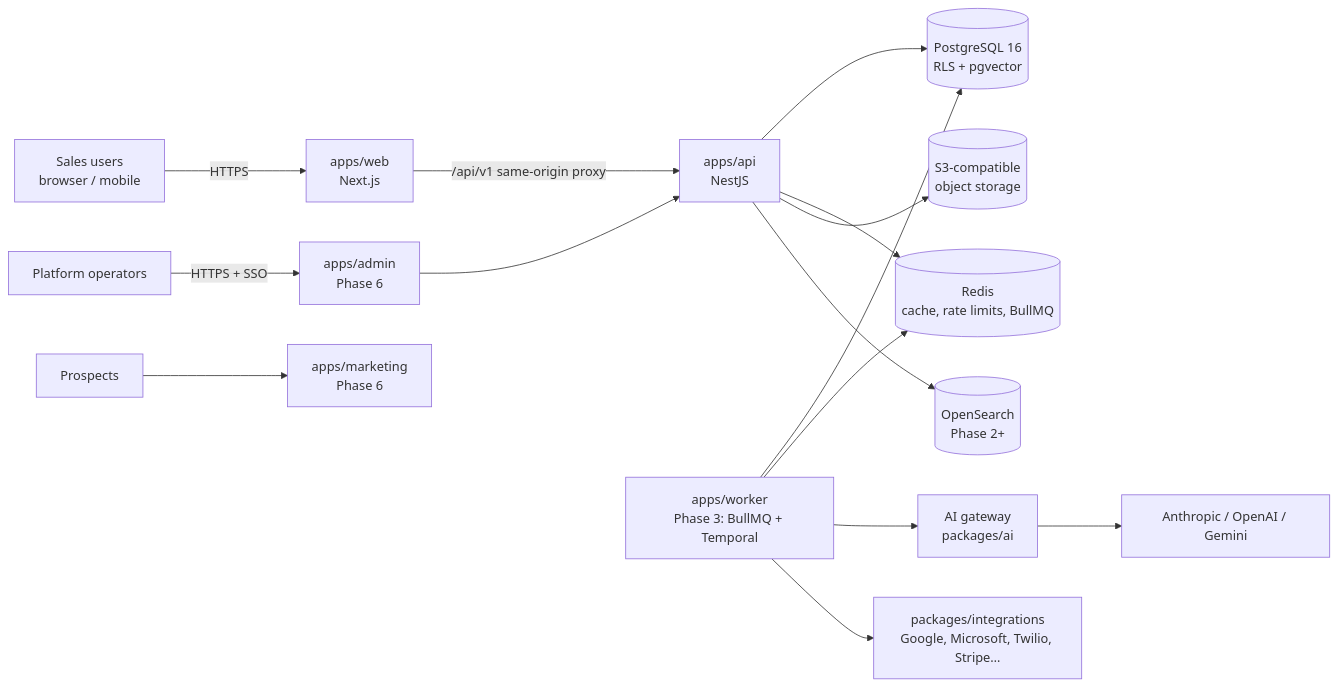
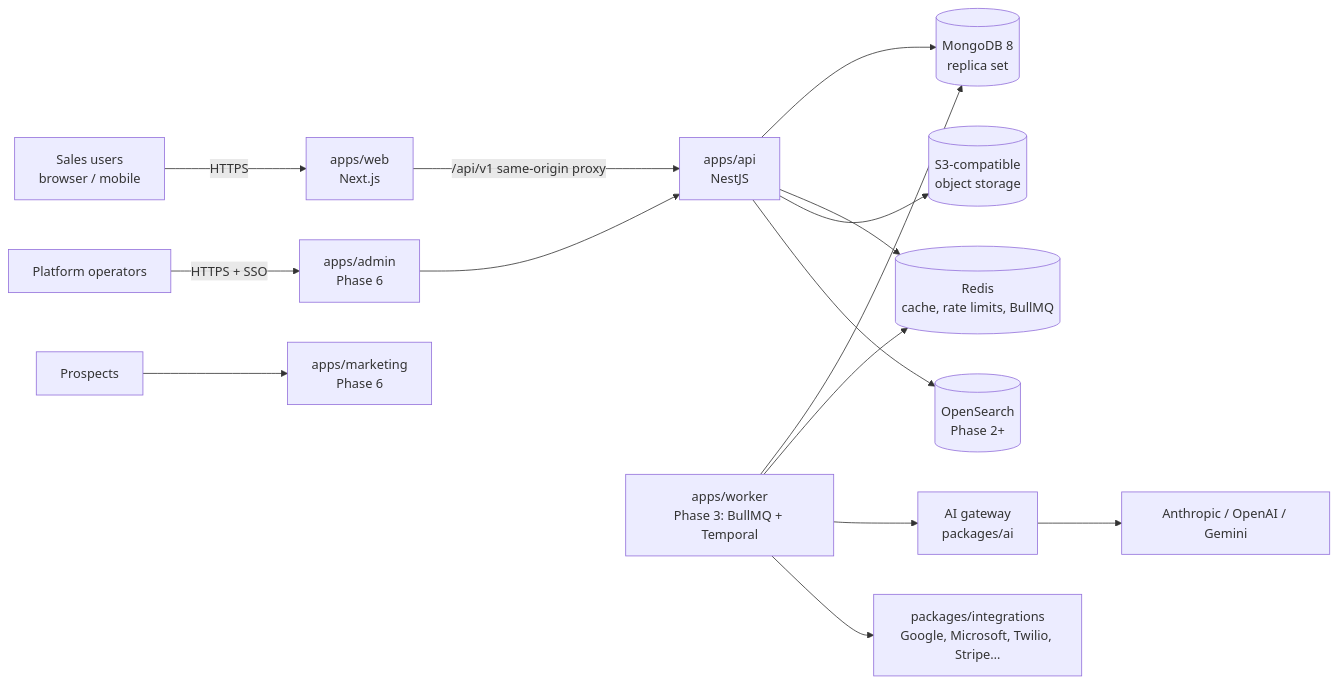
One commit to kunalsharma-ai/SampForce changed the diagram in docs/ARCHITECTURE.md. Above: the diagram before and after it, drawn with Mermaid. The commit also changed other lines of this file and 13 other files, not shown here.

````diff
--- a/docs/ARCHITECTURE.md
+++ b/docs/ARCHITECTURE.md
@@ -18,17 +18,17 @@
 ```mermaid
 flowchart LR
   user[Sales users<br/>browser / mobile] -->|HTTPS| web[apps/web<br/>Next.js]
   admin[Platform operators] -->|HTTPS + SSO| adminapp[apps/admin<br/>Phase 6]
   visitor[Prospects] --> marketing[apps/marketing<br/>Phase 6]
   web -->|/api/v1 same-origin proxy| api[apps/api<br/>NestJS]
   adminapp --> api
-  api --> pg[(PostgreSQL 16<br/>RLS + pgvector)]
+  api --> pg[(MongoDB 8<br/>replica set)]
   api --> redis[(Redis<br/>cache, rate limits, BullMQ)]
   api --> s3[(S3-compatible<br/>object storage)]
   worker[apps/worker<br/>Phase 3: BullMQ + Temporal] --> pg
   worker --> redis
   worker --> ai[AI gateway<br/>packages/ai]
   ai --> providers[Anthropic / OpenAI / Gemini]
   worker --> integrations[packages/integrations<br/>Google, Microsoft, Twilio, Stripe…]
   api --> search[(OpenSearch<br/>Phase 2+)]
 ```
````
